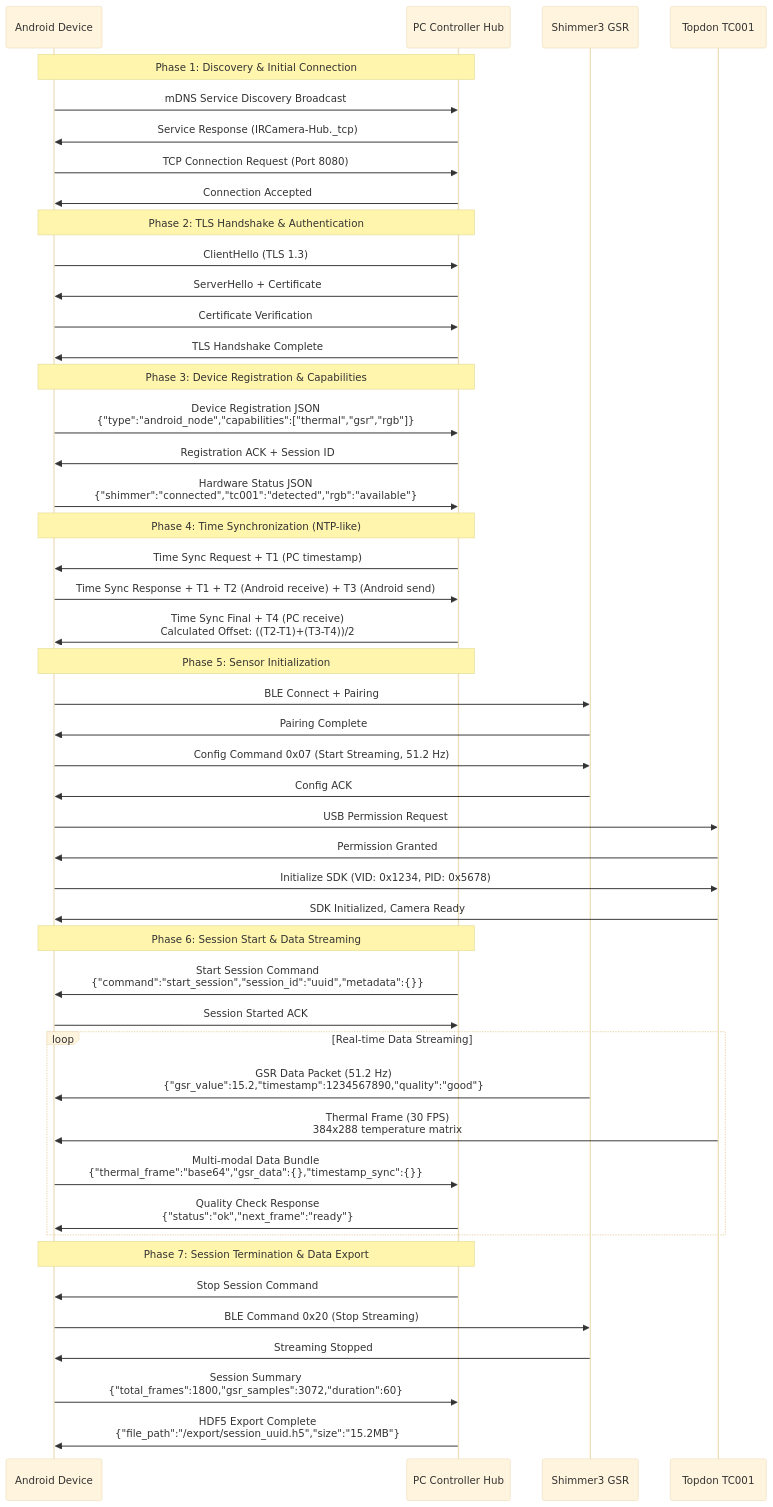
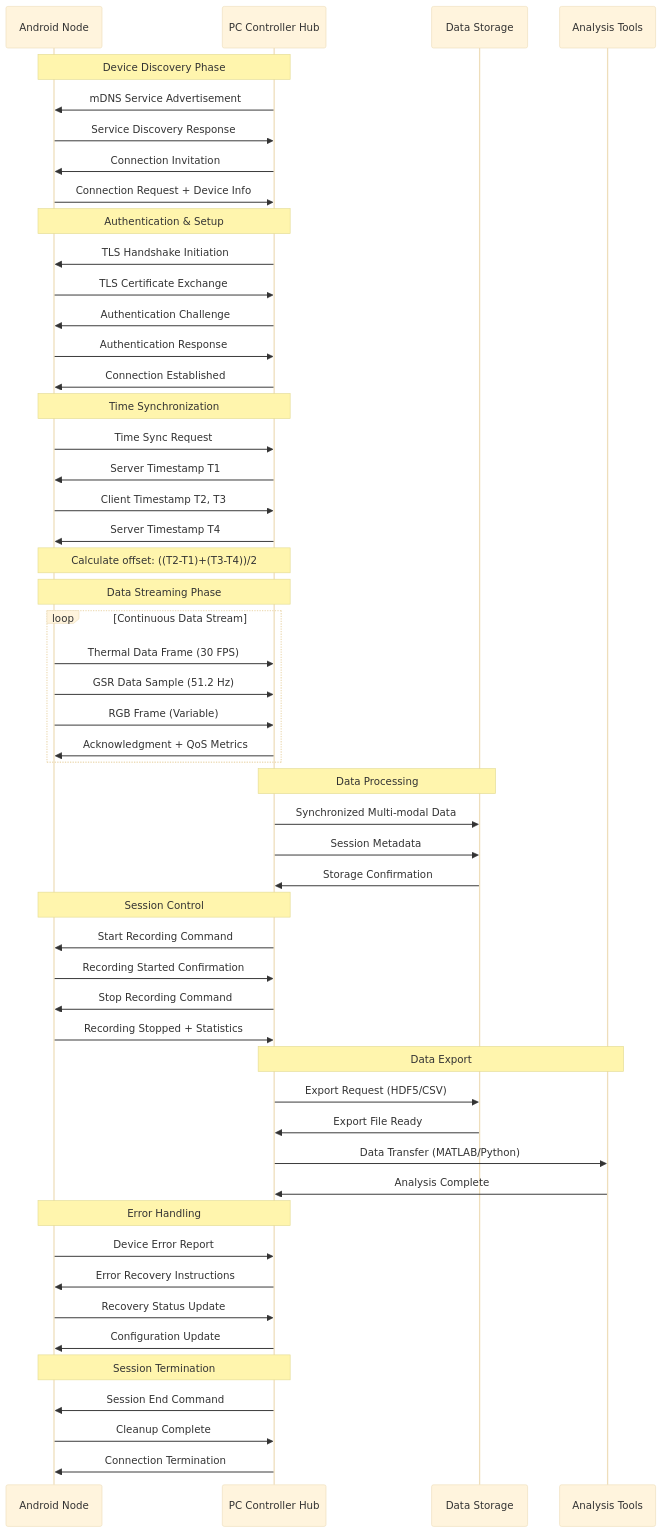
One commit to uclgsr/IRCamera changed the tenth of 12 diagrams in docs/COMPREHENSIVE_ARCHITECTURE_DIAGRAMS.md. Above: the diagram before and after it, drawn with Mermaid (base theme). The commit also changed other lines of this file and 3 other files, not shown here.

Commit message:
Redo comprehensive Mermaid architecture diagrams - 12 detailed technical diagrams from scratch

````diff
--- a/docs/COMPREHENSIVE_ARCHITECTURE_DIAGRAMS.md
+++ b/docs/COMPREHENSIVE_ARCHITECTURE_DIAGRAMS.md
@@ -1807,66 +881,63 @@
 ```mermaid
 sequenceDiagram
-    participant A as Android Device
-    participant PC as PC Controller Hub
-    participant S as Shimmer3 GSR
-    participant T as Topdon TC001
+    participant Android as Android Node
+    participant Hub as PC Controller Hub
+    participant Storage as Data Storage
+    participant Analysis as Analysis Tools
     
-    Note over A,PC: Phase 1: Discovery & Initial Connection
+    Note over Android, Hub: Device Discovery Phase
+    Hub->>Android: mDNS Service Advertisement
+    Android->>Hub: Service Discovery Response
+    Hub->>Android: Connection Invitation
+    Android->>Hub: Connection Request + Device Info
     
-    A->>PC: mDNS Service Discovery Broadcast
-    PC->>A: Service Response (IRCamera-Hub._tcp)
-    A->>PC: TCP Connection Request (Port 8080)
-    PC->>A: Connection Accepted
+    Note over Android, Hub: Authentication & Setup
+    Hub->>Android: TLS Handshake Initiation
+    Android->>Hub: TLS Certificate Exchange
+    Hub->>Android: Authentication Challenge
+    Android->>Hub: Authentication Response
+    Hub->>Android: Connection Established
     
-    Note over A,PC: Phase 2: TLS Handshake & Authentication
+    Note over Android, Hub: Time Synchronization
+    Android->>Hub: Time Sync Request
+    Hub->>Android: Server Timestamp T1
+    Android->>Hub: Client Timestamp T2, T3
+    Hub->>Android: Server Timestamp T4
+    Note over Android, Hub: Calculate offset: ((T2-T1)+(T3-T4))/2
     
-    A->>PC: ClientHello (TLS 1.3)
-    PC->>A: ServerHello + Certificate
-    A->>PC: Certificate Verification
-    PC->>A: TLS Handshake Complete
-    
-    Note over A,PC: Phase 3: Device Registration & Capabilities
-    
-    A->>PC: Device Registration JSON<br/>{"type":"android_node","capabilities":["thermal","gsr","rgb"]}
-    PC->>A: Registration ACK + Session ID
-    A->>PC: Hardware Status JSON<br/>{"shimmer":"connected","tc001":"detected","rgb":"available"}
-    
-    Note over A,PC: Phase 4: Time Synchronization (NTP-like)
-    
-    PC->>A: Time Sync Request + T1 (PC timestamp)
-    A->>PC: Time Sync Response + T1 + T2 (Android receive) + T3 (Android send)
-    PC->>A: Time Sync Final + T4 (PC receive)<br/>Calculated Offset: ((T2-T1)+(T3-T4))/2
-    
-    Note over A,PC: Phase 5: Sensor Initialization
-    
-    A->>S: BLE Connect + Pairing
-    S->>A: Pairing Complete
-    A->>S: Config Command 0x07 (Start Streaming, 51.2 Hz)
-    S->>A: Config ACK
-    
-    A->>T: USB Permission Request
-    T->>A: Permission Granted
-    A->>T: Initialize SDK (VID: 0x1234, PID: 0x5678)
-    T->>A: SDK Initialized, Camera Ready
-    
-    Note over A,PC: Phase 6: Session Start & Data Streaming
-    
-    PC->>A: Start Session Command<br/>{"command":"start_session","session_id":"uuid","metadata":{}}
-    A->>PC: Session Started ACK
-    
-    loop Real-time Data Streaming
-        S->>A: GSR Data Packet (51.2 Hz)<br/>{"gsr_value":15.2,"timestamp":1234567890,"quality":"good"}
-        T->>A: Thermal Frame (30 FPS)<br/>384x288 temperature matrix
-        A->>PC: Multi-modal Data Bundle<br/>{"thermal_frame":"base64","gsr_data":{},"timestamp_sync":{}}
-        
-        PC->>A: Quality Check Response<br/>{"status":"ok","next_frame":"ready"}
+    Note over Android, Hub: Data Streaming Phase
+    loop Continuous Data Stream
+        Android->>Hub: Thermal Data Frame (30 FPS)
+        Android->>Hub: GSR Data Sample (51.2 Hz)
+        Android->>Hub: RGB Frame (Variable)
+        Hub->>Android: Acknowledgment + QoS Metrics
     end
     
-    Note over A,PC: Phase 7: Session Termination & Data Export
+    Note over Hub, Storage: Data Processing
+    Hub->>Storage: Synchronized Multi-modal Data
+    Hub->>Storage: Session Metadata
+    Storage->>Hub: Storage Confirmation
     
-    PC->>A: Stop Session Command
-    A->>S: BLE Command 0x20 (Stop Streaming)
-    S->>A: Streaming Stopped
-    A->>PC: Session Summary<br/>{"total_frames":1800,"gsr_samples":3072,"duration":60}
-    PC->>A: HDF5 Export Complete<br/>{"file_path":"/export/session_uuid.h5","size":"15.2MB"}
+    Note over Android, Hub: Session Control
+    Hub->>Android: Start Recording Command
+    Android->>Hub: Recording Started Confirmation
+    Hub->>Android: Stop Recording Command
+    Android->>Hub: Recording Stopped + Statistics
+    
+    Note over Hub, Analysis: Data Export
+    Hub->>Storage: Export Request (HDF5/CSV)
+    Storage->>Hub: Export File Ready
+    Hub->>Analysis: Data Transfer (MATLAB/Python)
+    Analysis->>Hub: Analysis Complete
+    
+    Note over Android, Hub: Error Handling
+    Android->>Hub: Device Error Report
+    Hub->>Android: Error Recovery Instructions
+    Android->>Hub: Recovery Status Update
+    Hub->>Android: Configuration Update
+    
+    Note over Android, Hub: Session Termination
+    Hub->>Android: Session End Command
+    Android->>Hub: Cleanup Complete
+    Hub->>Android: Connection Termination
 ```
````
